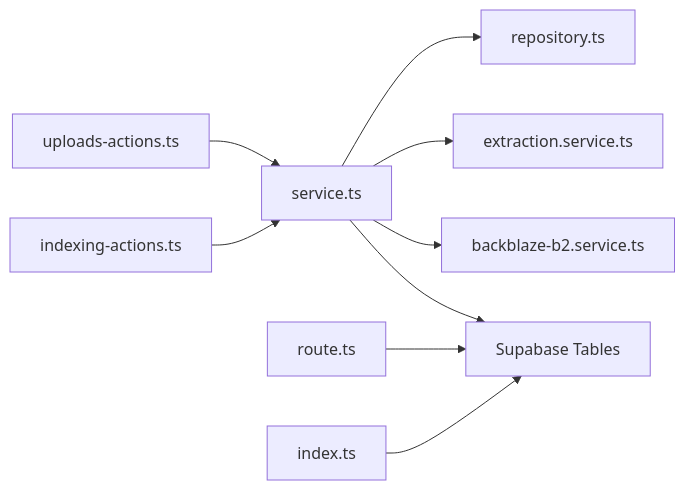
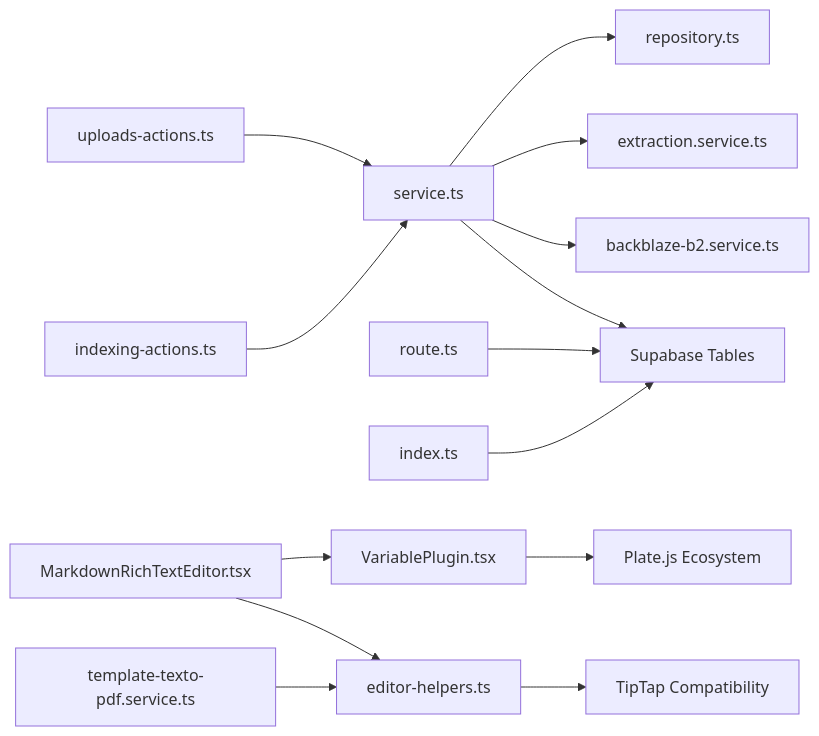
Diagram 11 of 11 in .qoder/repowiki/en/content/Document Management and AI Editor/Document Processing Pipeline.md (SinesysTech/zattar-os), drawn with Mermaid before and after one commit. The commit also changed other lines of this file and 4 other files, not shown here.

````diff
--- a/.qoder/repowiki/en/content/Document Management and AI Editor/Document Processing Pipeline.md
+++ b/.qoder/repowiki/en/content/Document Management and AI Editor/Document Processing Pipeline.md
@@ -354,11 +473,16 @@
 ```mermaid
 graph LR
 UA["uploads-actions.ts"] --> SVC["service.ts"]
 PA["indexing-actions.ts"] --> SVC
 SVC --> REPO["repository.ts"]
 SVC --> EXTR["extraction.service.ts"]
 SVC --> B2["backblaze-b2.service.ts"]
 SVC --> DB["Supabase Tables"]
 CRON["route.ts"] --> DB
 EDGE["index.ts"] --> DB
+MRTE["MarkdownRichTextEditor.tsx"] --> VP["VariablePlugin.tsx"]
+MRTE --> EH["editor-helpers.ts"]
+VP --> PLATE["Plate.js Ecosystem"]
+EH --> TIP["TipTap Compatibility"]
+PDF["template-texto-pdf.service.ts"] --> EH
 ```
````
